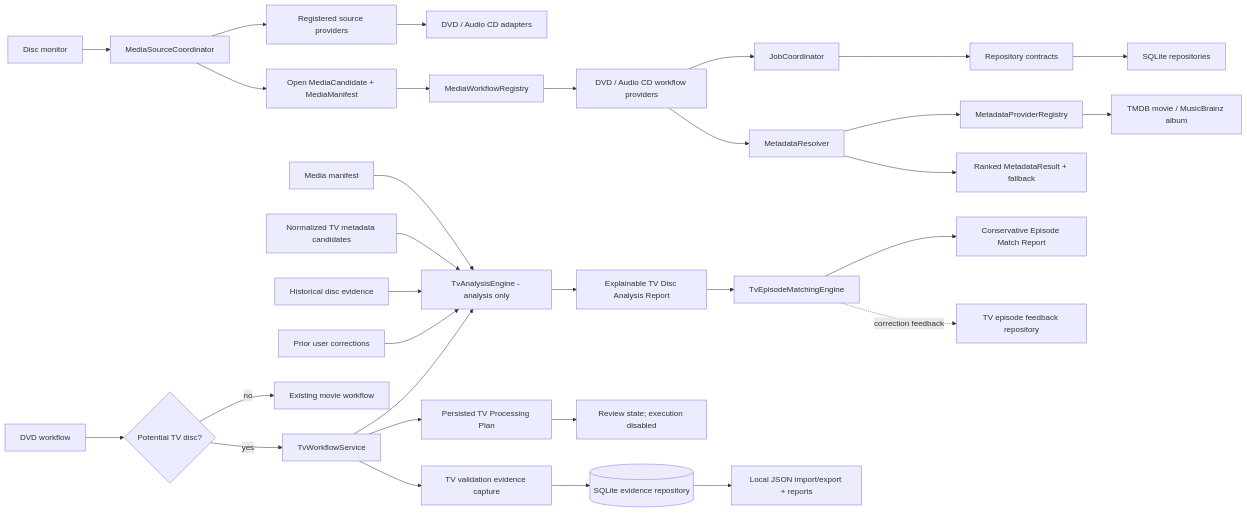
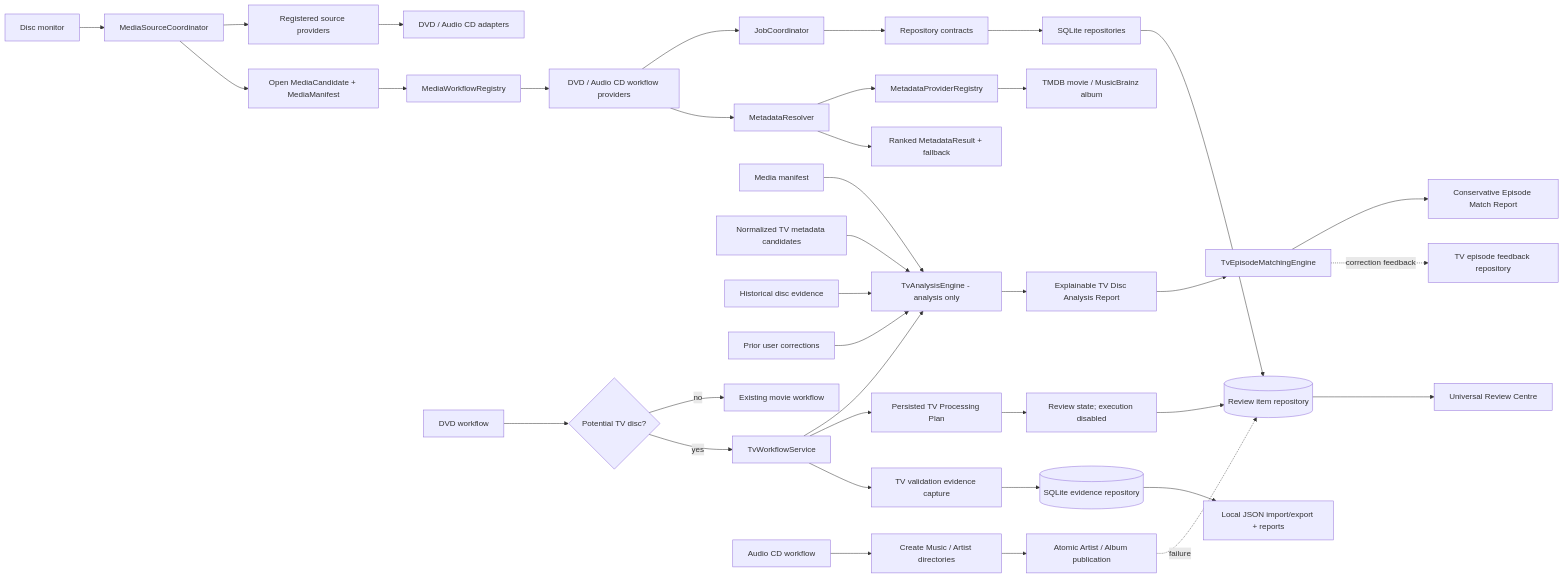
The diagram in docs/V2-ARCHITECTURE.md (nick709r/DVDTOJELLYFIN), drawn with Mermaid before and after one commit. The commit also changed other lines of this file and 17 other files, not shown here.

First line of the commit message:
feat: add universal Review Centre and CD folder recovery

````diff
--- a/docs/V2-ARCHITECTURE.md
+++ b/docs/V2-ARCHITECTURE.md
@@ -37,38 +40,44 @@
 ```mermaid
 flowchart LR
   Monitor[Disc monitor] --> SourceCoordinator[MediaSourceCoordinator]
   SourceCoordinator --> SourceRegistry[Registered source providers]
   SourceRegistry --> Sources[DVD / Audio CD adapters]
   SourceCoordinator --> Candidate[Open MediaCandidate + MediaManifest]
   Candidate --> WorkflowRegistry[MediaWorkflowRegistry]
   WorkflowRegistry --> Workflows[DVD / Audio CD workflow providers]
   Workflows --> JobCoordinator[JobCoordinator]
   JobCoordinator --> RepositoryPorts[Repository contracts]
   RepositoryPorts --> SqliteAdapters[SQLite repositories]
+  SqliteAdapters --> ReviewItems[(Review item repository)]
+  ReviewItems --> ReviewCentre[Universal Review Centre]
   Workflows --> MetadataResolver[MetadataResolver]
   MetadataResolver --> MetadataRegistry[MetadataProviderRegistry]
   MetadataRegistry --> MetadataProviders[TMDB movie / MusicBrainz album]
   MetadataResolver --> Ranked[Ranked MetadataResult + fallback]
   Manifest[Media manifest]
   Metadata[Normalized TV metadata candidates]
   History[Historical disc evidence]
   Corrections[Prior user corrections]
   DVD[DVD workflow]
   Manifest --> TvAnalysis[TvAnalysisEngine - analysis only]
   Metadata --> TvAnalysis
   History --> TvAnalysis
   Corrections --> TvAnalysis
   TvAnalysis --> TvReport[Explainable TV Disc Analysis Report]
   TvReport --> EpisodeMatcher[TvEpisodeMatchingEngine]
   EpisodeMatcher --> MatchReport[Conservative Episode Match Report]
   EpisodeMatcher -. correction feedback .-> FeedbackStore[TV episode feedback repository]
   DVD --> TvPrefilter{Potential TV disc?}
   TvPrefilter -- no --> MovieWorkflow[Existing movie workflow]
   TvPrefilter -- yes --> TvWorkflow[TvWorkflowService]
   TvWorkflow --> TvAnalysis
   TvWorkflow --> Plan[Persisted TV Processing Plan]
   Plan --> Review[Review state; execution disabled]
+  Review --> ReviewItems
+  AudioCD[Audio CD workflow] --> MusicFolders[Create Music / Artist directories]
+  MusicFolders --> AlbumPublish[Atomic Artist / Album publication]
+  AlbumPublish -. failure .-> ReviewItems
   TvWorkflow --> Evidence[TV validation evidence capture]
   Evidence --> ValidationStore[(SQLite evidence repository)]
   ValidationStore --> Dataset[Local JSON import/export + reports]
 ```
````
